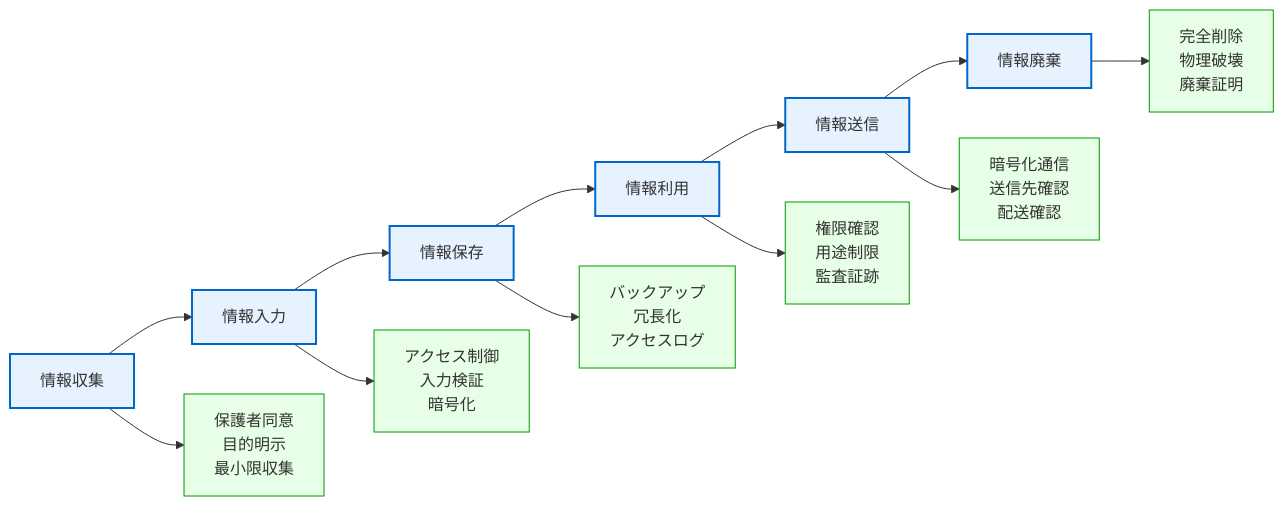
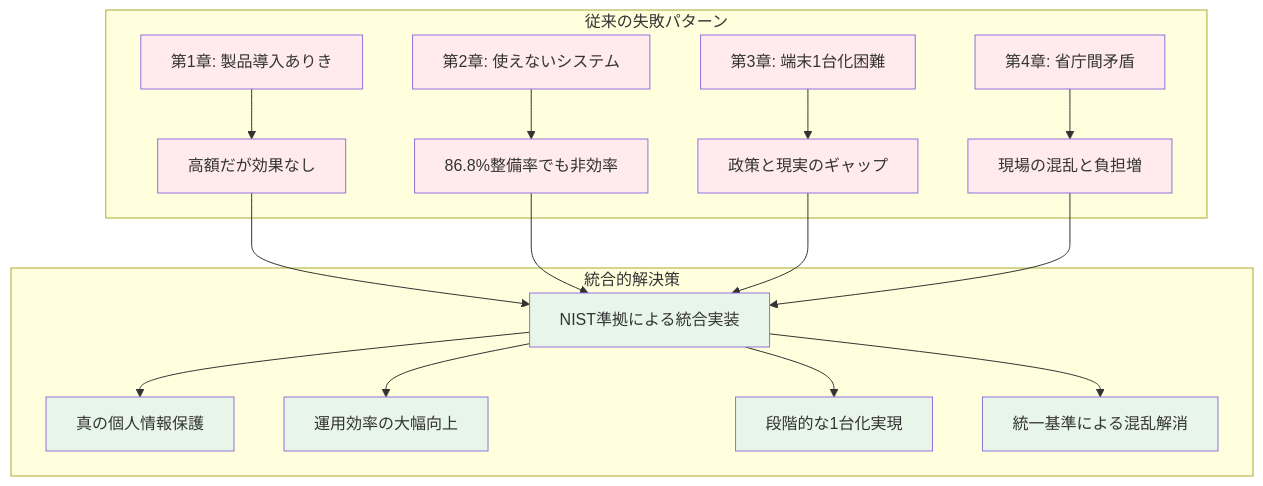
Before and after one commit to nahisaho/zenn-writing-collection: the diagram in books/d87165478af519/chapter07.md, drawn with Mermaid. The commit also changed other lines of this file and 17 other files, not shown here.

````diff
--- a/books/d87165478af519/chapter07.md
+++ b/books/d87165478af519/chapter07.md
@@ -40,21 +61,27 @@
 ```mermaid
-graph LR
-    A[情報収集] --> B[情報入力]
-    B --> C[情報保存]
-    C --> D[情報利用]
-    D --> E[情報送信]
-    E --> F[情報廃棄]
+graph TB
+    subgraph 従来の失敗パターン
+        A[第1章: 製品導入ありき] --> A1[高額だが効果なし]
+        B[第2章: 使えないシステム] --> B1[86.8%整備率でも非効率]
+        C[第3章: 端末1台化困難] --> C1[政策と現実のギャップ]
+        D[第4章: 省庁間矛盾] --> D1[現場の混乱と負担増]
+    end
     
-    A --> A1[保護者同意<br/>目的明示<br/>最小限収集]
-    B --> B1[アクセス制御<br/>入力検証<br/>暗号化]
-    C --> C1[バックアップ<br/>冗長化<br/>アクセスログ]
-    D --> D1[権限確認<br/>用途制限<br/>監査証跡]
-    E --> E1[暗号化通信<br/>送信先確認<br/>配送確認]
-    F --> F1[完全削除<br/>物理破壊<br/>廃棄証明]
+    subgraph 統合的解決策
+        E[NIST準拠による統合実装] --> E1[真の個人情報保護]
+        E --> E2[運用効率の大幅向上]
+        E --> E3[段階的な1台化実現]
+        E --> E4[統一基準による混乱解消]
+    end
     
-    classDef lifecycle fill:#e6f3ff,stroke:#0066cc,stroke-width:2px
-    classDef protection fill:#e6ffe6,stroke:#009900,stroke-width:1px
+    A1 --> E
+    B1 --> E
+    C1 --> E
+    D1 --> E
     
-    class A,B,C,D,E,F lifecycle
-    class A1,B1,C1,D1,E1,F1 protection
+    classDef problem fill:#ffebee
+    classDef solution fill:#e8f5e9
+    
+    class A,B,C,D,A1,B1,C1,D1 problem
+    class E,E1,E2,E3,E4 solution
 ```
````
